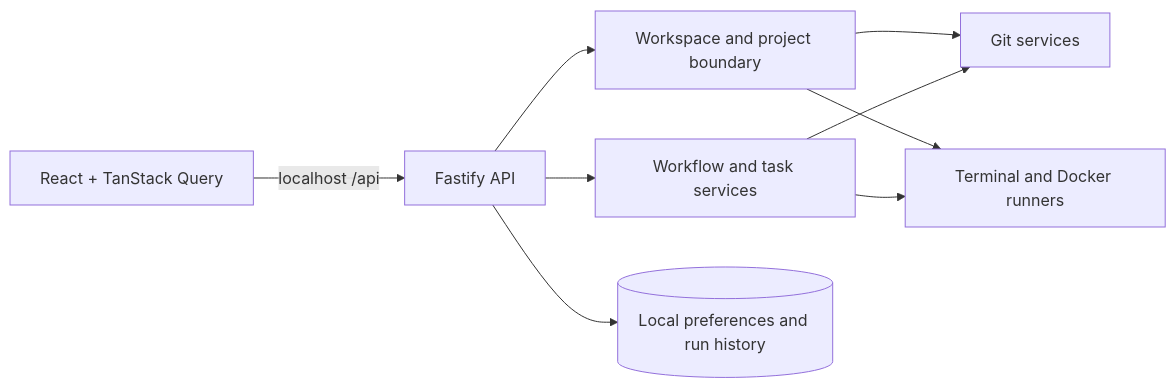
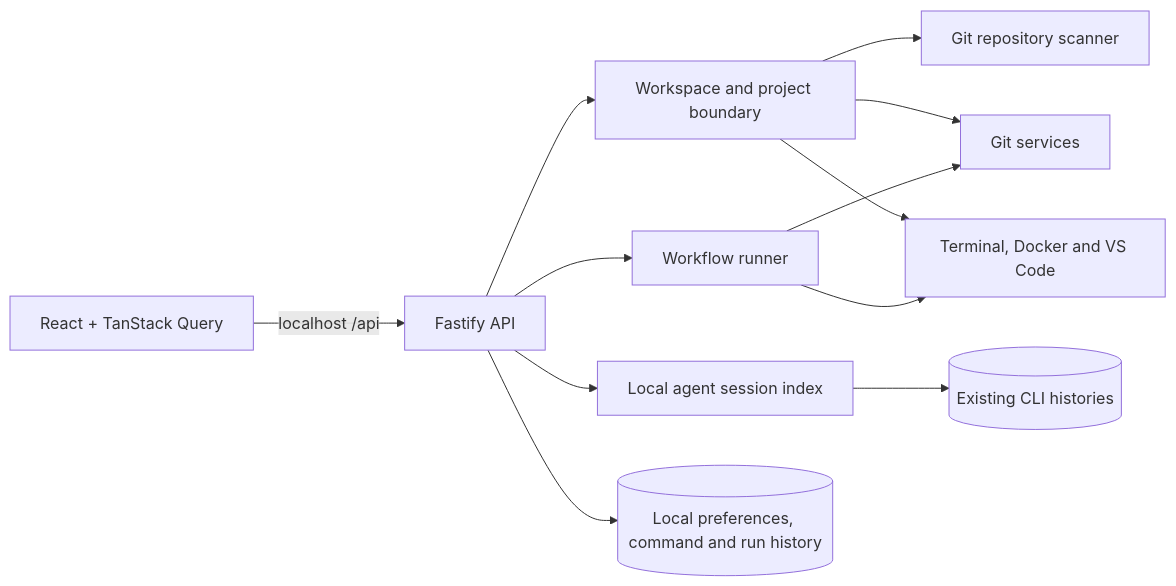
Before and after one commit to LorenzoVicino/repo-control: the diagram in README.md, drawn with Mermaid. The commit also changed other lines of this file and 7 other files, not shown here.

````diff
--- a/README.md
+++ b/README.md
@@ -65,11 +76,14 @@
 ```mermaid
 flowchart LR
     UI[React + TanStack Query] -->|localhost /api| API[Fastify API]
     API --> Boundary[Workspace and project boundary]
+    Boundary --> Scan[Git repository scanner]
     Boundary --> Git[Git services]
-    Boundary --> Commands[Terminal and Docker runners]
-    API --> Workflow[Workflow and task services]
+    Boundary --> Commands[Terminal, Docker and VS Code]
+    API --> Agents[Local agent session index]
+    API --> Workflow[Workflow runner]
     Workflow --> Git
     Workflow --> Commands
-    API --> Local[(Local preferences and run history)]
+    API --> Local[(Local preferences, command and run history)]
+    Agents --> CLIs[(Existing CLI histories)]
 ```
````
